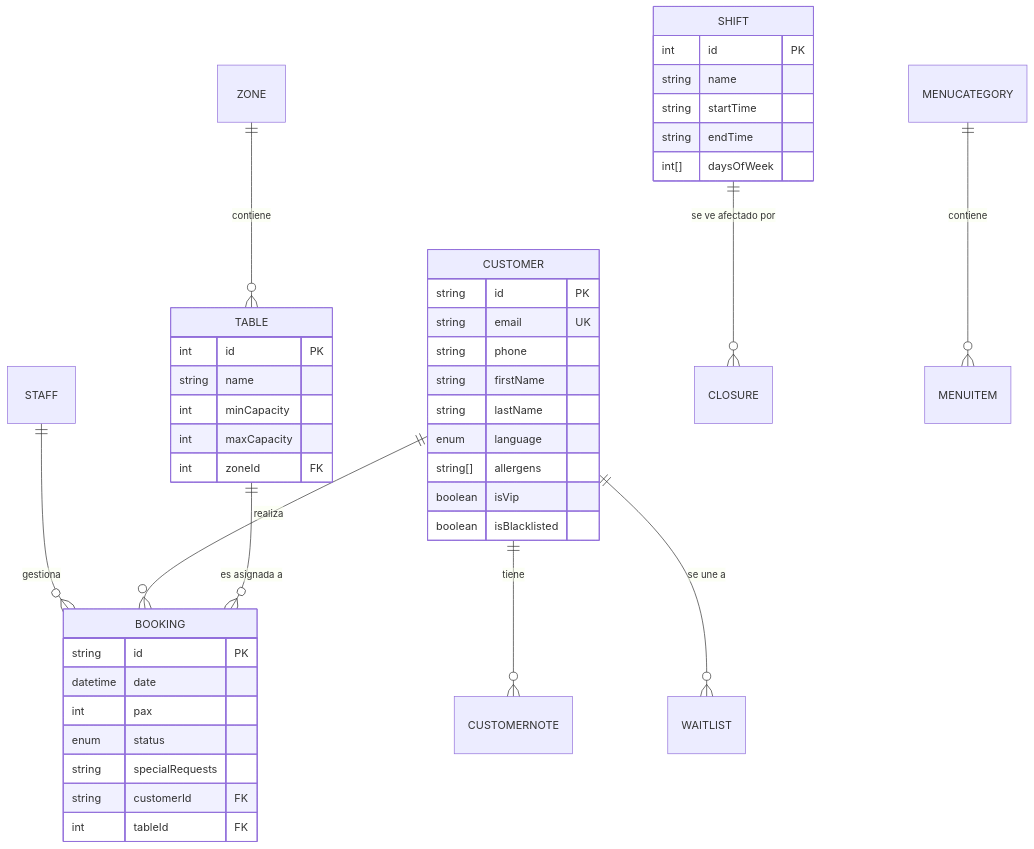
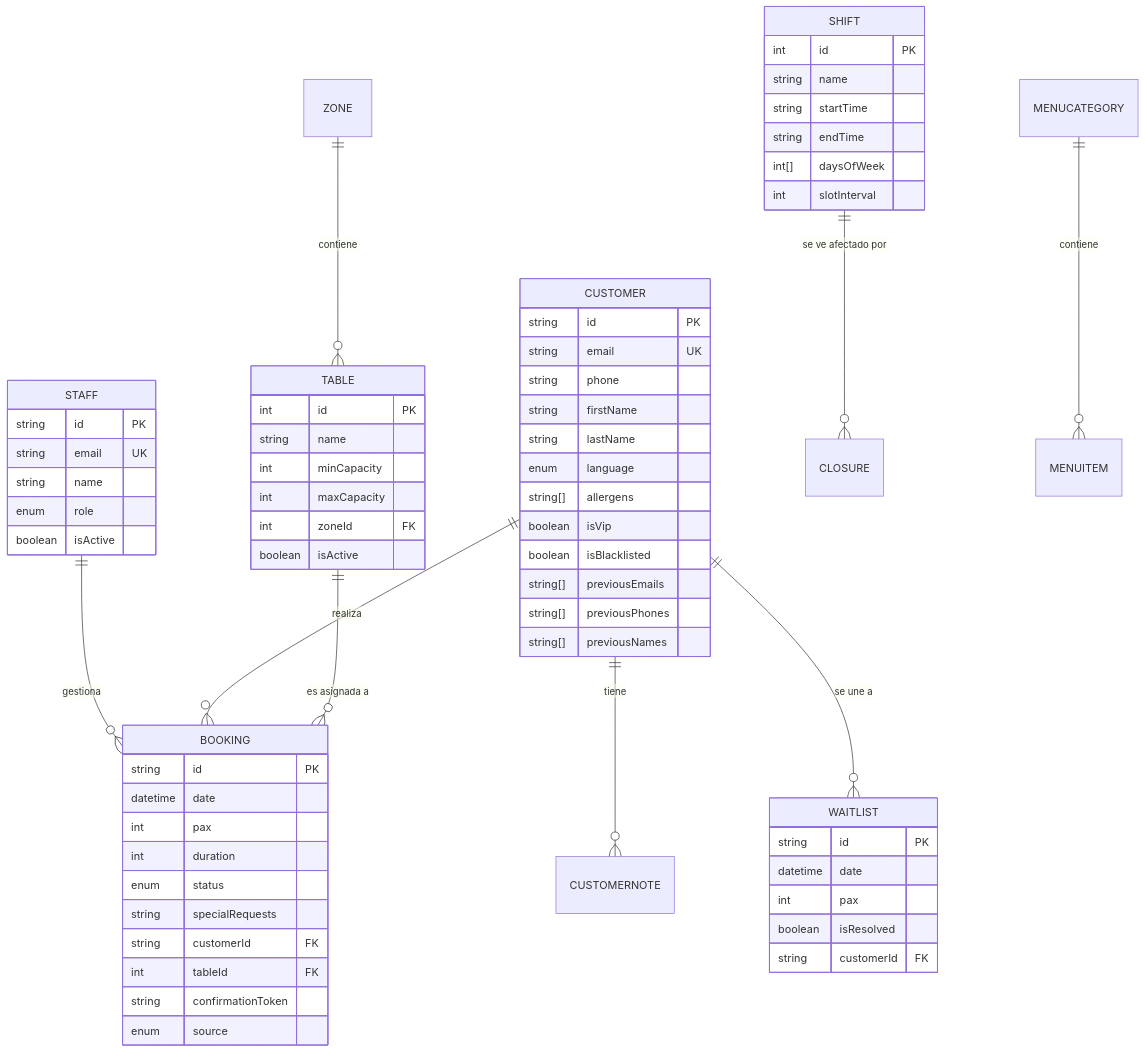
The diagram in docs/TFG_REPORT.md (alejandromolina-aircury/TFG), drawn with Mermaid before and after one commit. The commit also changed other lines of this file and 1 other file, not shown here.

Commit message:
docs: update database schema and deployment guide

````diff
--- a/docs/TFG_REPORT.md
+++ b/docs/TFG_REPORT.md
@@ -72,49 +72,73 @@
 ```mermaid
 erDiagram
     STAFF ||--o{ BOOKING : "gestiona"
     CUSTOMER ||--o{ BOOKING : "realiza"
     CUSTOMER ||--o{ CUSTOMERNOTE : "tiene"
     CUSTOMER ||--o{ WAITLIST : "se une a"
     ZONE ||--o{ TABLE : "contiene"
     TABLE ||--o{ BOOKING : "es asignada a"
     SHIFT ||--o{ CLOSURE : "se ve afectado por"
     MENUCATEGORY ||--o{ MENUITEM : "contiene"
 
     CUSTOMER {
         string id PK
         string email UK
         string phone
         string firstName
         string lastName
         enum language
         string[] allergens
         boolean isVip
         boolean isBlacklisted
+        string[] previousEmails
+        string[] previousPhones
+        string[] previousNames
     }
 
     BOOKING {
         string id PK
         datetime date
         int pax
+        int duration
         enum status
         string specialRequests
         string customerId FK
         int tableId FK
+        string confirmationToken
+        enum source
     }
 
     TABLE {
         int id PK
         string name
         int minCapacity
         int maxCapacity
         int zoneId FK
+        boolean isActive
     }
 
     SHIFT {
         int id PK
         string name
         string startTime
         string endTime
         int[] daysOfWeek
+        int slotInterval
+    }
+
+    STAFF {
+        string id PK
+        string email UK
+        string name
+        enum role
+        boolean isActive
+    }
+
+    WAITLIST {
+        string id PK
+        datetime date
+        int pax
+        boolean isResolved
+        string customerId FK
     }
 ```
````
